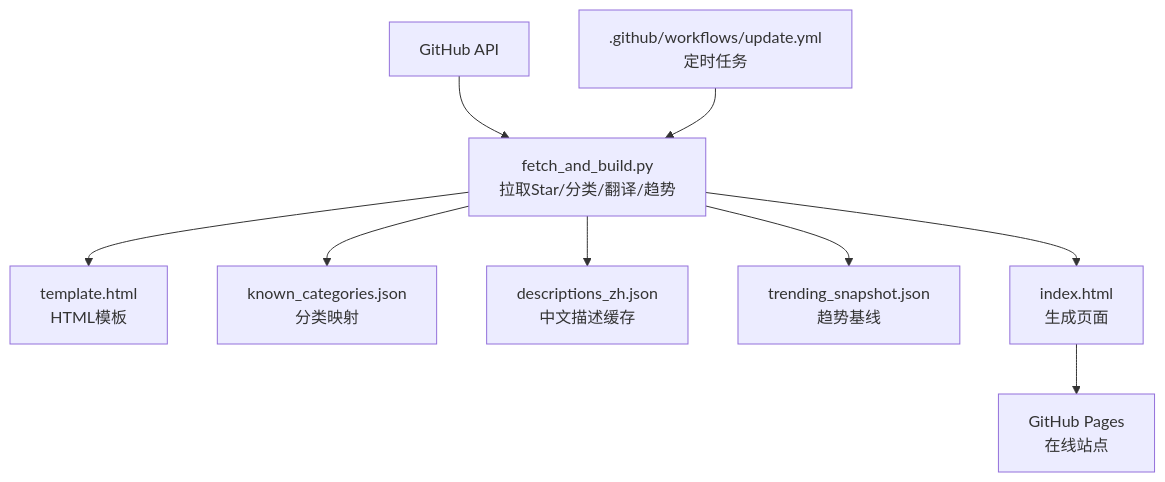
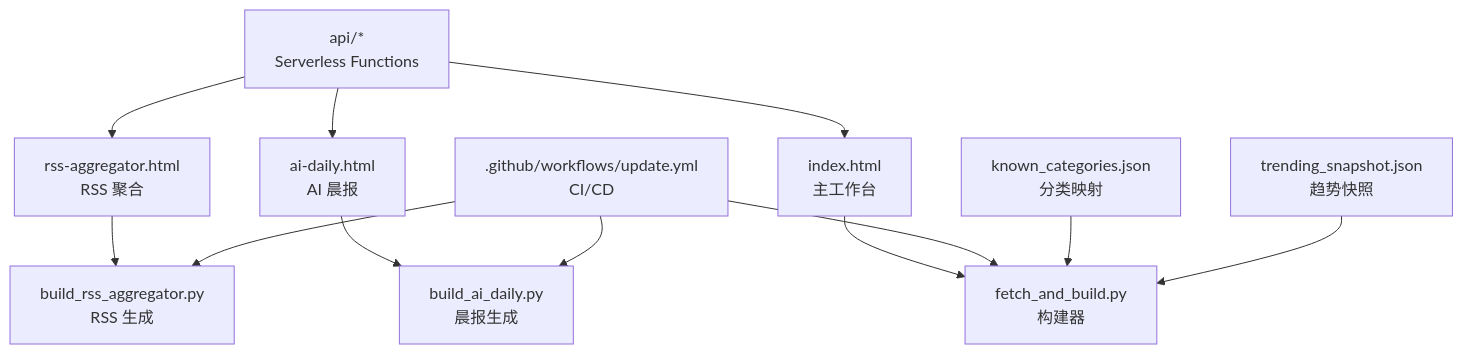
One commit to Kwei168/starhub changed the first of 7 diagrams in .qoder/repowiki/zh/content/项目概述.md. Above: the diagram before and after it, drawn with Mermaid. The commit also changed other lines of this file and 126 other files, not shown here.

````diff
--- a/.qoder/repowiki/zh/content/项目概述.md
+++ b/.qoder/repowiki/zh/content/项目概述.md
@@ -61,11 +49,14 @@
 ```mermaid
 graph TB
-A["GitHub API"] --> B["fetch_and_build.py<br/>拉取Star/分类/翻译/趋势"]
-B --> C["template.html<br/>HTML模板"]
-B --> D["known_categories.json<br/>分类映射"]
-B --> E["descriptions_zh.json<br/>中文描述缓存"]
-B --> F["trending_snapshot.json<br/>趋势基线"]
-B --> G["index.html<br/>生成页面"]
-H[".github/workflows/update.yml<br/>定时任务"] --> B
-G --> I["GitHub Pages<br/>在线站点"]
+A["index.html<br/>主工作台"] --> B["fetch_and_build.py<br/>构建器"]
+C["ai-daily.html<br/>AI 晨报"] --> D["build_ai_daily.py<br/>晨报生成"]
+E["rss-aggregator.html<br/>RSS 聚合"] --> F["build_rss_aggregator.py<br/>RSS 生成"]
+G[".github/workflows/update.yml<br/>CI/CD"] --> B
+G --> D
+G --> F
+H["api/*<br/>Serverless Functions"] --> A
+H --> C
+H --> E
+I["known_categories.json<br/>分类映射"] --> B
+J["trending_snapshot.json<br/>趋势快照"] --> B
 ```
````
